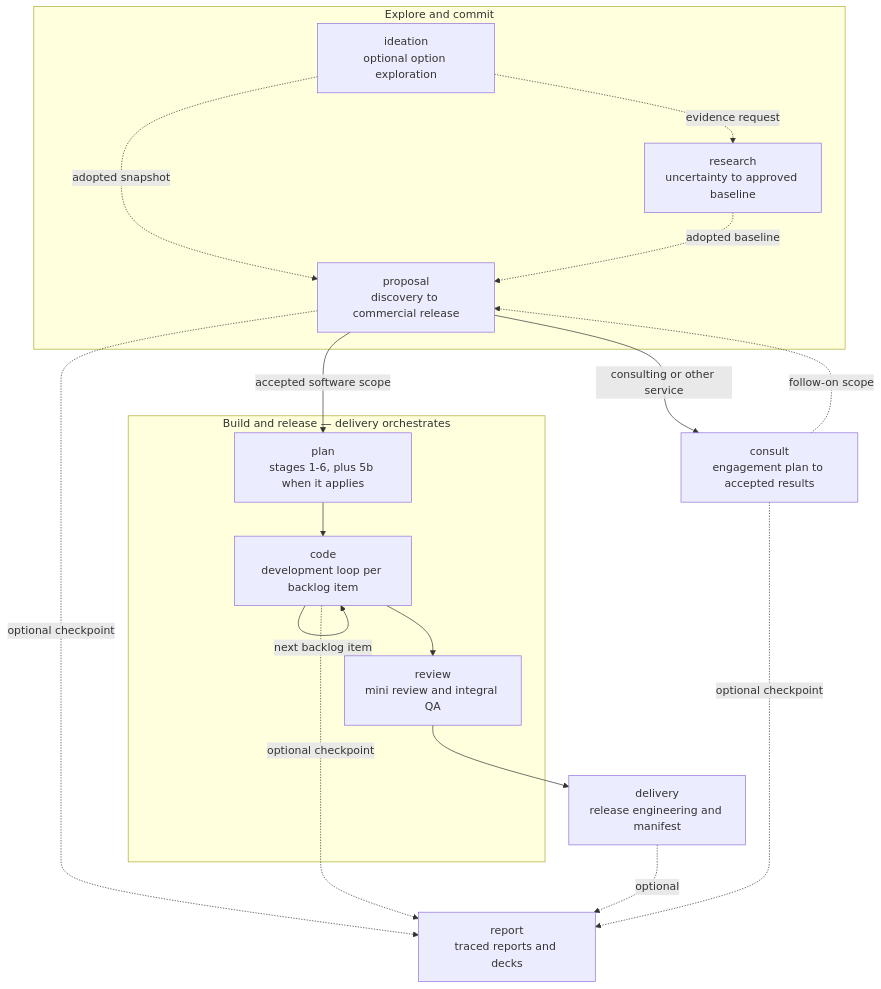
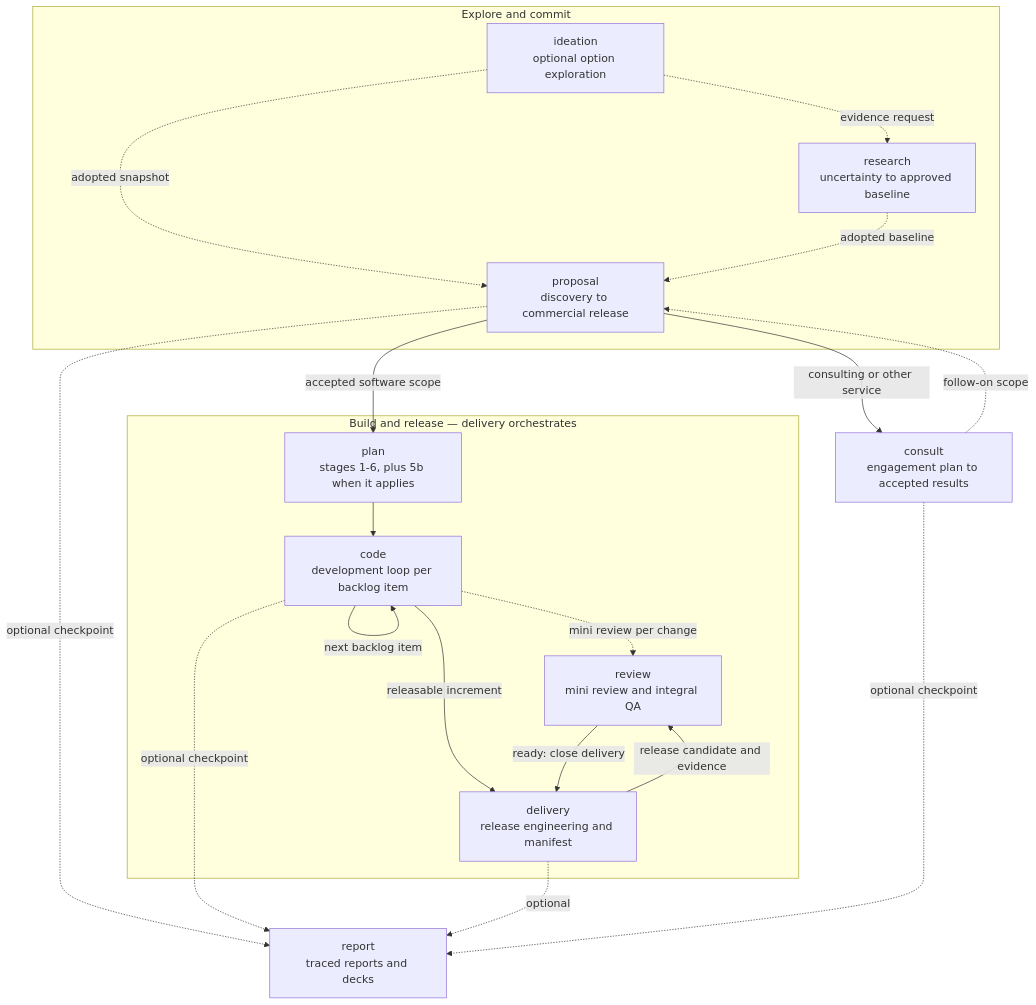
One commit to flaviogragnolati/ai-workflow changed the diagram in README.md. Above: the diagram before and after it, drawn with Mermaid. The commit also changed other lines of this file and 21 other files, not shown here.

````diff
--- a/README.md
+++ b/README.md
@@ -89,27 +89,30 @@
 ```mermaid
 flowchart TB
     subgraph EXPLORE["Explore and commit"]
         IDE["ideation<br/>optional option exploration"]
         RES["research<br/>uncertainty to approved baseline"]
         PRO["proposal<br/>discovery to commercial release"]
     end
     subgraph BUILD["Build and release — delivery orchestrates"]
         PLN["plan<br/>stages 1-6, plus 5b when it applies"]
         COD["code<br/>development loop per backlog item"]
         REV["review<br/>mini review and integral QA"]
+        SHIP["delivery<br/>release engineering and manifest"]
     end
     IDE -. "adopted snapshot" .-> PRO
     IDE -. "evidence request" .-> RES
     RES -. "adopted baseline" .-> PRO
     PRO -->|"accepted software scope"| PLN
     PRO -->|"consulting or other service"| CON["consult<br/>engagement plan to accepted results"]
     PLN --> COD
     COD -->|"next backlog item"| COD
-    COD --> REV
-    REV --> SHIP["delivery<br/>release engineering and manifest"]
+    COD -. "mini review per change" .-> REV
+    COD -->|"releasable increment"| SHIP
+    SHIP -->|"release candidate and evidence"| REV
+    REV -->|"ready: close delivery"| SHIP
     PRO -. "optional checkpoint" .-> REP["report<br/>traced reports and decks"]
     COD -. "optional checkpoint" .-> REP
     SHIP -. "optional" .-> REP
     CON -. "optional checkpoint" .-> REP
     CON -. "follow-on scope" .-> PRO
 ```
````
